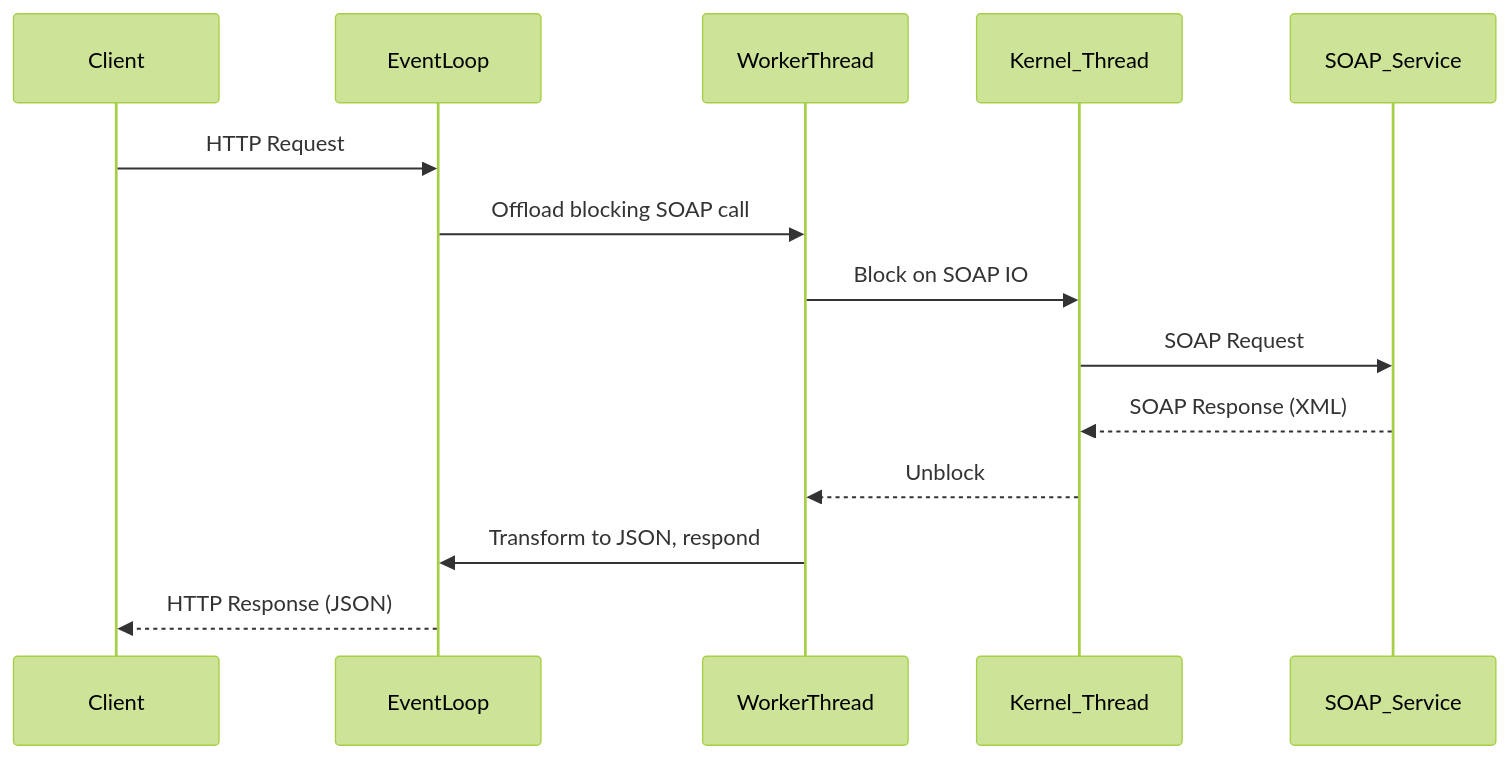
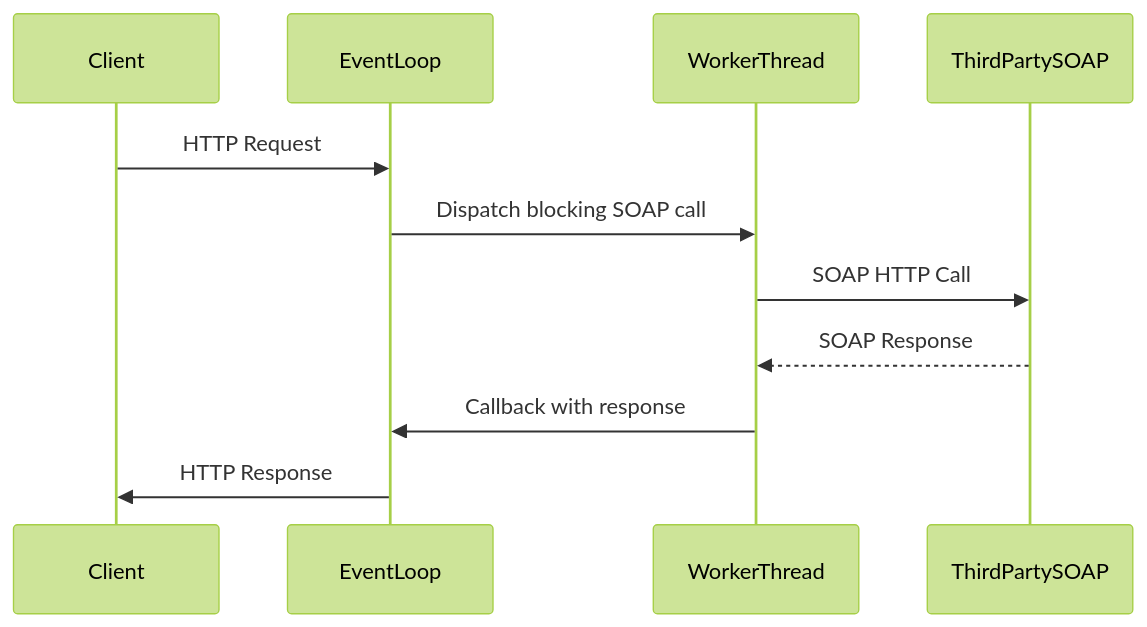
The third of 7 diagrams in README.md (sonuprajapati15/Web-frameworks), drawn with Mermaid (forest theme) before and after one commit. The commit also changed other lines of this file, not shown here.

````diff
--- a/README.md
+++ b/README.md
@@ -199,17 +272,14 @@
 ```mermaid
 sequenceDiagram
     participant Client
     participant EventLoop
     participant WorkerThread
-    participant Kernel_Thread
-    participant SOAP_Service
+    participant ThirdPartySOAP
 
     Client->>EventLoop: HTTP Request
-    EventLoop->>WorkerThread: Offload blocking SOAP call
-    WorkerThread->>Kernel_Thread: Block on SOAP IO
-    Kernel_Thread->>SOAP_Service: SOAP Request
-    SOAP_Service-->>Kernel_Thread: SOAP Response (XML)
-    Kernel_Thread-->>WorkerThread: Unblock
-    WorkerThread->>EventLoop: Transform to JSON, respond
-    EventLoop-->>Client: HTTP Response (JSON)
+    EventLoop->>WorkerThread: Dispatch blocking SOAP call
+    WorkerThread->>ThirdPartySOAP: SOAP HTTP Call
+    ThirdPartySOAP-->>WorkerThread: SOAP Response
+    WorkerThread->>EventLoop: Callback with response
+    EventLoop->>Client: HTTP Response
 ```
````
